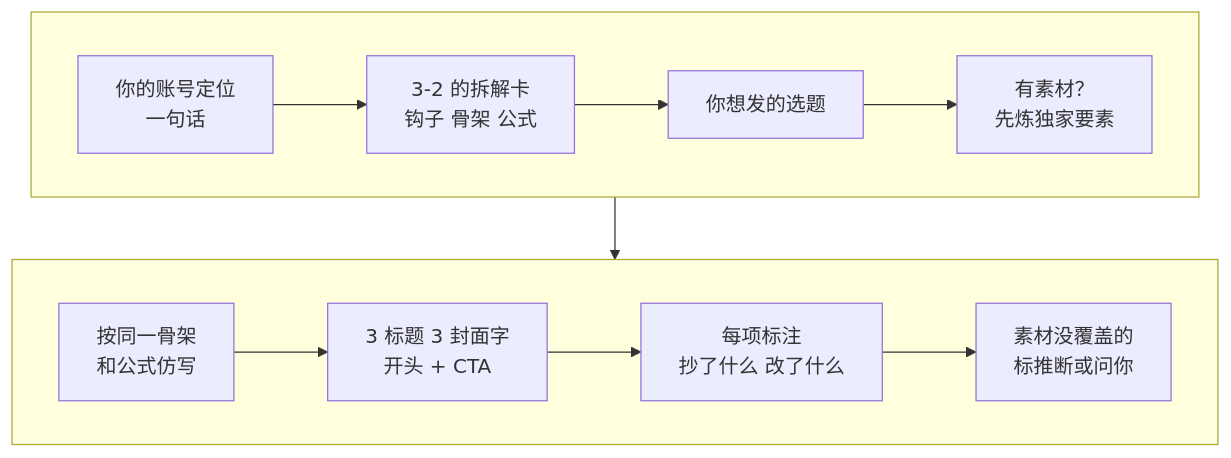
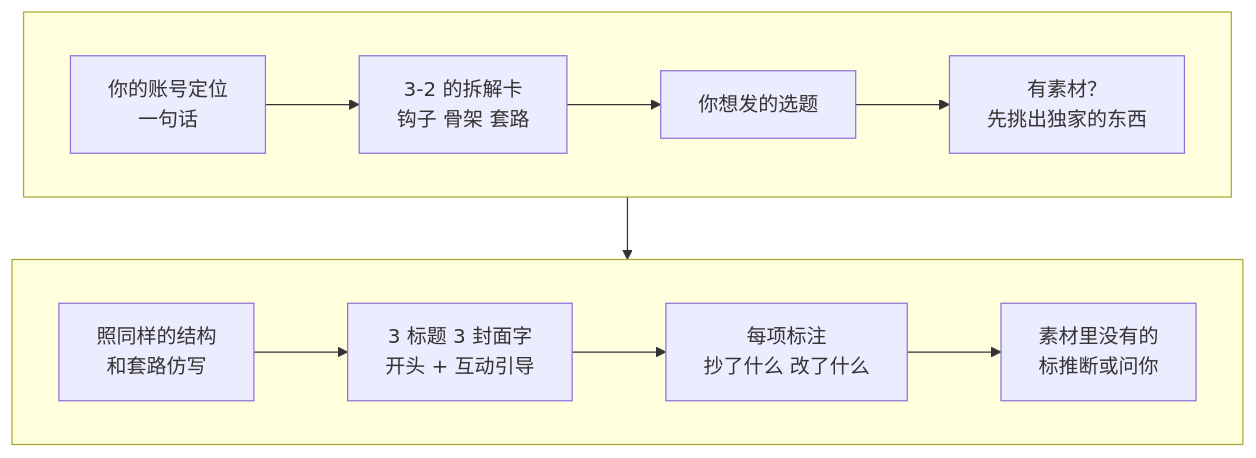
Before and after one commit to JuneYaooo/media-teach: the diagram in 自媒体教程/课程/4-1-写我的版本.md, drawn with Mermaid. The commit also changed other lines of this file and 46 other files, not shown here.

````diff
--- a/自媒体教程/课程/4-1-写我的版本.md
+++ b/自媒体教程/课程/4-1-写我的版本.md
@@ -17,12 +17,12 @@
 ```mermaid
 flowchart TB
   subgraph R1[" "]
     direction LR
-    A[你的账号定位<br>一句话] --> B[3-2 的拆解卡<br>钩子 骨架 公式] --> C[你想发的选题] --> D[有素材？<br>先炼独家要素]
+    A[你的账号定位<br>一句话] --> B[3-2 的拆解卡<br>钩子 骨架 套路] --> C[你想发的选题] --> D[有素材？<br>先挑出独家的东西]
   end
   subgraph R2[" "]
     direction LR
-    E[按同一骨架<br>和公式仿写] --> F[3 标题 3 封面字<br>开头 + CTA] --> G[每项标注<br>抄了什么 改了什么] --> H[素材没覆盖的<br>标推断或问你]
+    E[照同样的结构<br>和套路仿写] --> F[3 标题 3 封面字<br>开头 + 互动引导] --> G[每项标注<br>抄了什么 改了什么] --> H[素材里没有的<br>标推断或问你]
   end
   R1 --> R2
 ```
````
